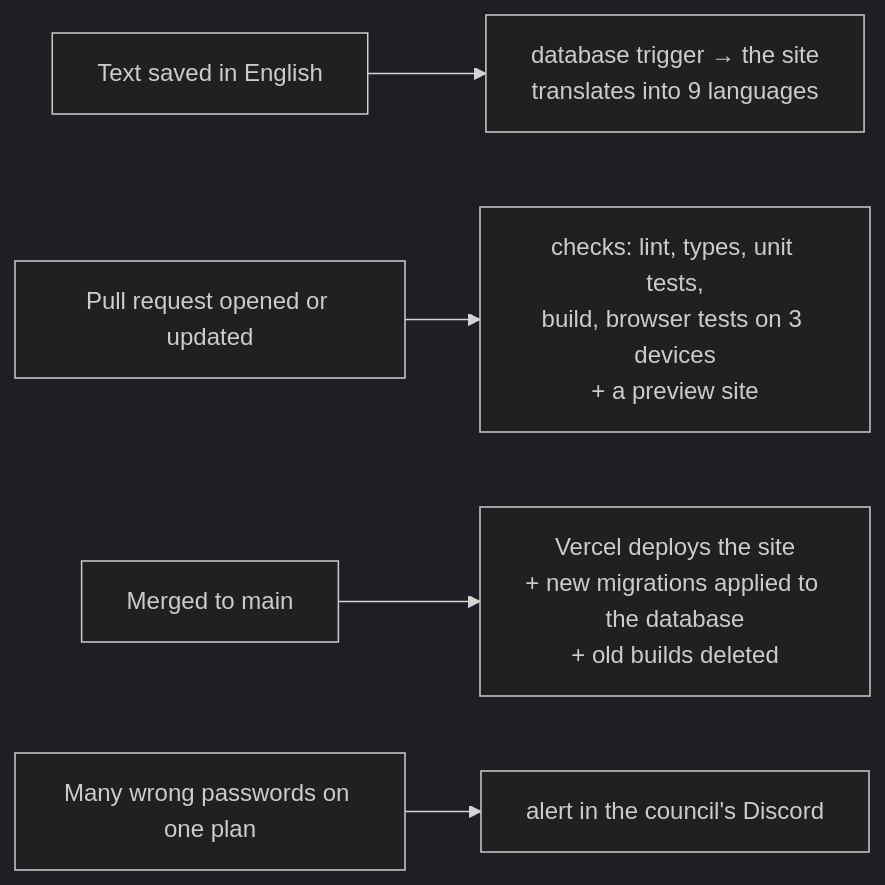
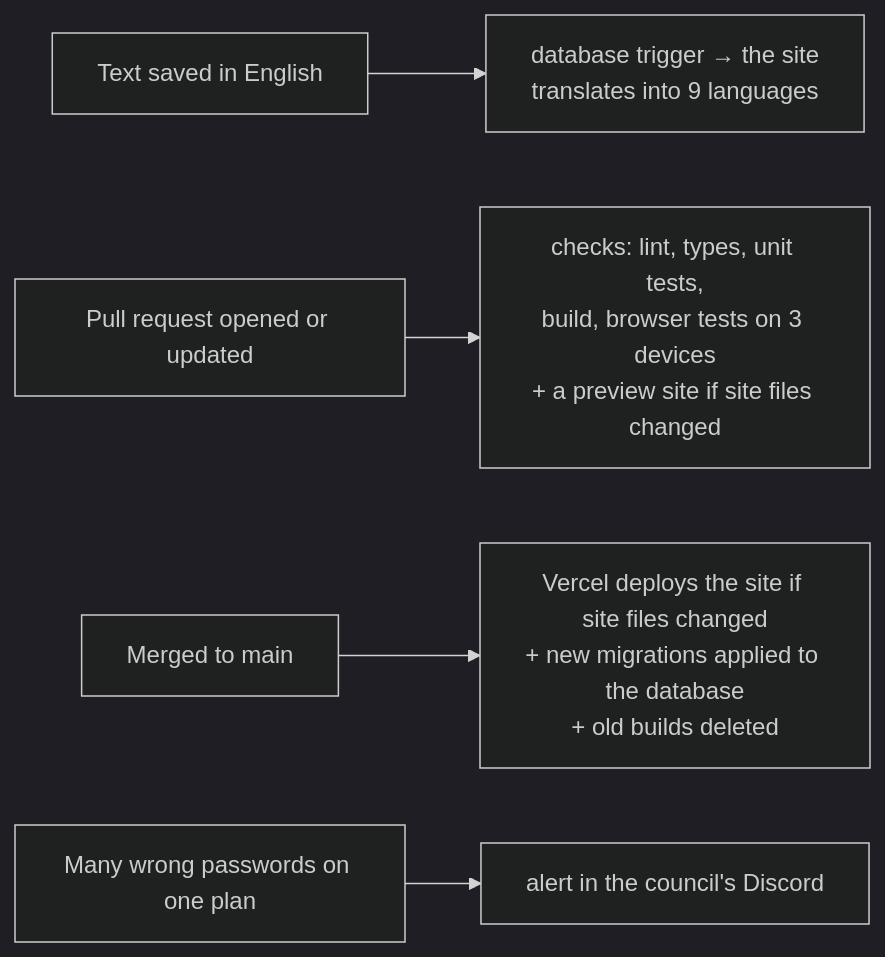
One commit to rajdeepiitkgp/kingdom-1241 changed the second of 2 diagrams in guide/src/content/docs/big-picture/what-runs-on-its-own.mdx. Above: the diagram before and after it, drawn with Mermaid (dark theme). The commit also changed 4 other files, not shown here.

First line of the commit message:
docs: how builds are skipped and how to pause or resume deploys

````diff
--- a/guide/src/content/docs/big-picture/what-runs-on-its-own.mdx
+++ b/guide/src/content/docs/big-picture/what-runs-on-its-own.mdx
@@ -58,8 +58,8 @@
 ```mermaid
 %%{init: {"flowchart": {"wrappingWidth": 200}}}%%
 flowchart LR
   E1["Text saved in English"] --> T["database trigger → the site<br/>translates into 9 languages"]
-  E2["Pull request opened or updated"] --> C["checks: lint, types, unit tests,<br/>build, browser tests on 3 devices<br/>+ a preview site"]
-  E3["Merged to main"] --> D["Vercel deploys the site<br/>+ new migrations applied to the database<br/>+ old builds deleted"]
+  E2["Pull request opened or updated"] --> C["checks: lint, types, unit tests,<br/>build, browser tests on 3 devices<br/>+ a preview site if site files changed"]
+  E3["Merged to main"] --> D["Vercel deploys the site if site files changed<br/>+ new migrations applied to the database<br/>+ old builds deleted"]
   E4["Many wrong passwords on one plan"] --> A["alert in the council's Discord"]
 ```
````
